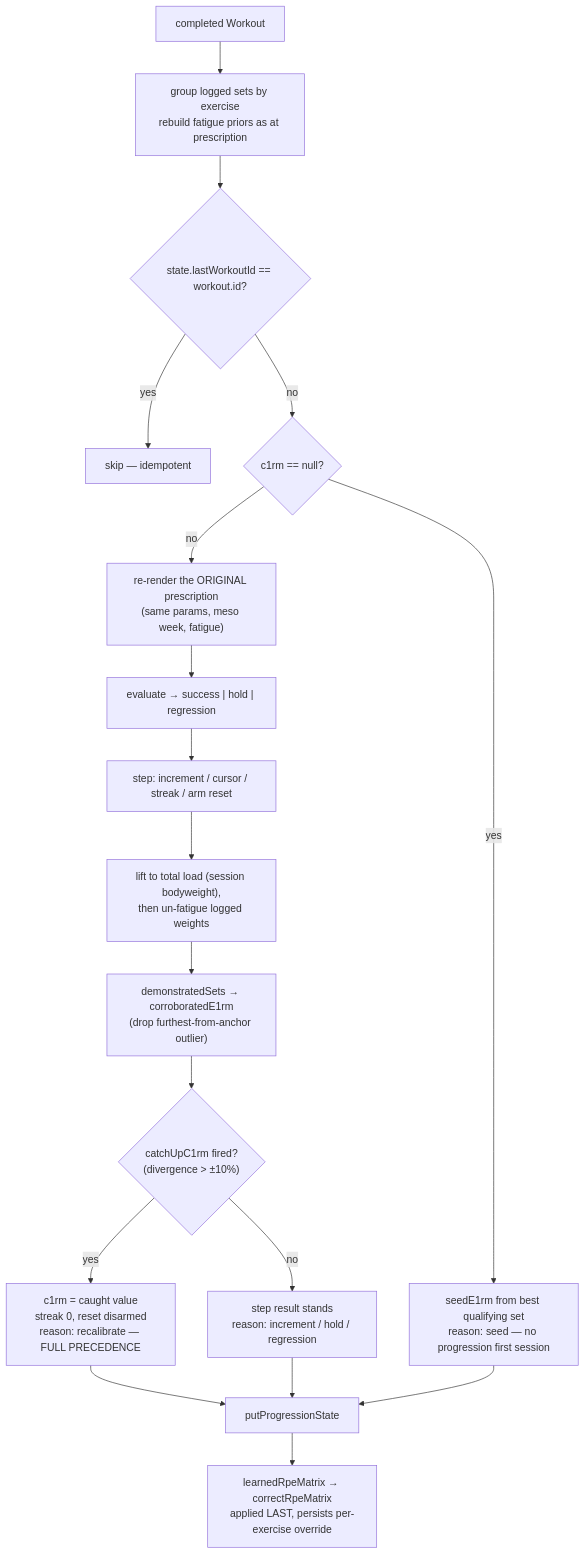
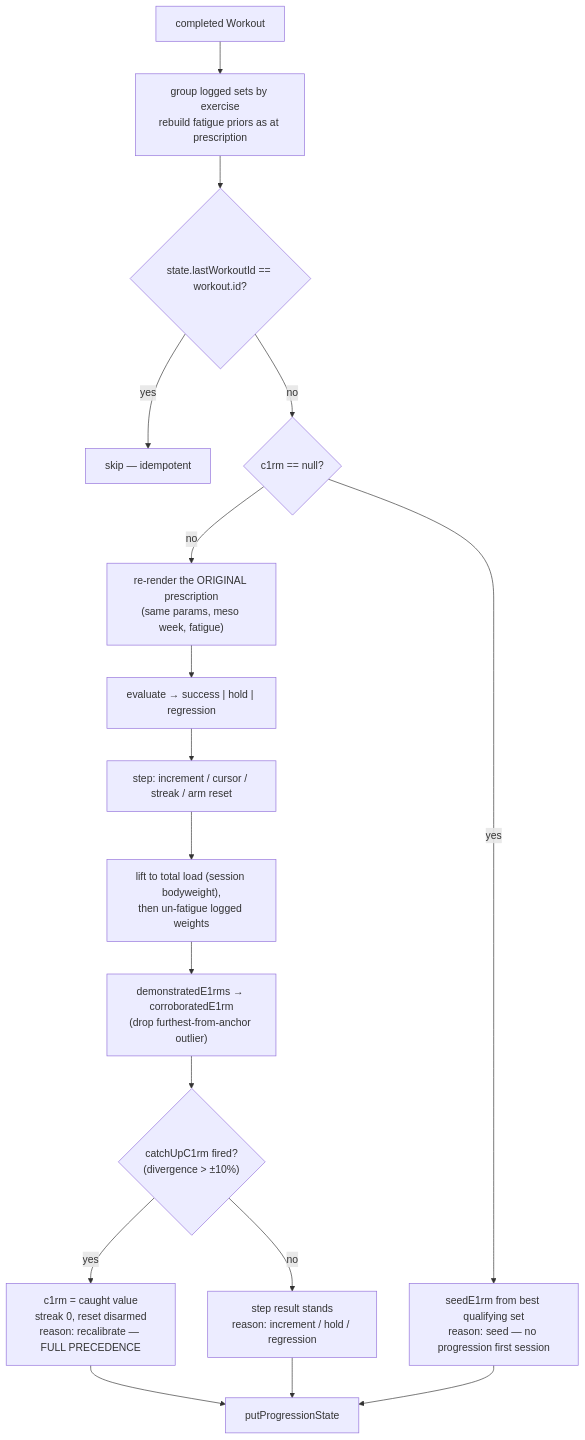
The first of 2 diagrams in docs/evaluation/applying-results.md (jthies73/yafa-pwa), drawn with Mermaid before and after one commit. The commit also changed other lines of this file and 13 other files, not shown here.

````diff
--- a/docs/evaluation/applying-results.md
+++ b/docs/evaluation/applying-results.md
@@ -26,20 +26,19 @@
 ```mermaid
 flowchart TD
     WK["completed Workout"] --> GROUP["group logged sets by exercise<br/>rebuild fatigue priors as at prescription"]
     GROUP --> GUARD{"state.lastWorkoutId == workout.id?"}
     GUARD -->|yes| SKIP["skip — idempotent"]
     GUARD -->|no| COLD{"c1rm == null?"}
     COLD -->|yes| SEED["seedE1rm from best qualifying set<br/>reason: seed — no progression first session"]
     COLD -->|no| RERENDER["re-render the ORIGINAL prescription<br/>(same params, meso week, fatigue)"]
     RERENDER --> EVAL["evaluate → success | hold | regression"]
     EVAL --> STEP["step: increment / cursor / streak / arm reset"]
     STEP --> UNFAT["lift to total load (session bodyweight),<br/>then un-fatigue logged weights"]
-    UNFAT --> CORR["demonstratedSets → corroboratedE1rm<br/>(drop furthest-from-anchor outlier)"]
+    UNFAT --> CORR["demonstratedE1rms → corroboratedE1rm<br/>(drop furthest-from-anchor outlier)"]
     CORR --> CATCH{"catchUpC1rm fired?<br/>(divergence > ±10%)"}
     CATCH -->|yes| RECAL["c1rm = caught value<br/>streak 0, reset disarmed<br/>reason: recalibrate — FULL PRECEDENCE"]
     CATCH -->|no| KEEP["step result stands<br/>reason: increment / hold / regression"]
     RECAL --> PUT["putProgressionState"]
     KEEP --> PUT
     SEED --> PUT
-    PUT --> LEARN["learnedRpeMatrix → correctRpeMatrix<br/>applied LAST, persists per-exercise override"]
 ```
````
